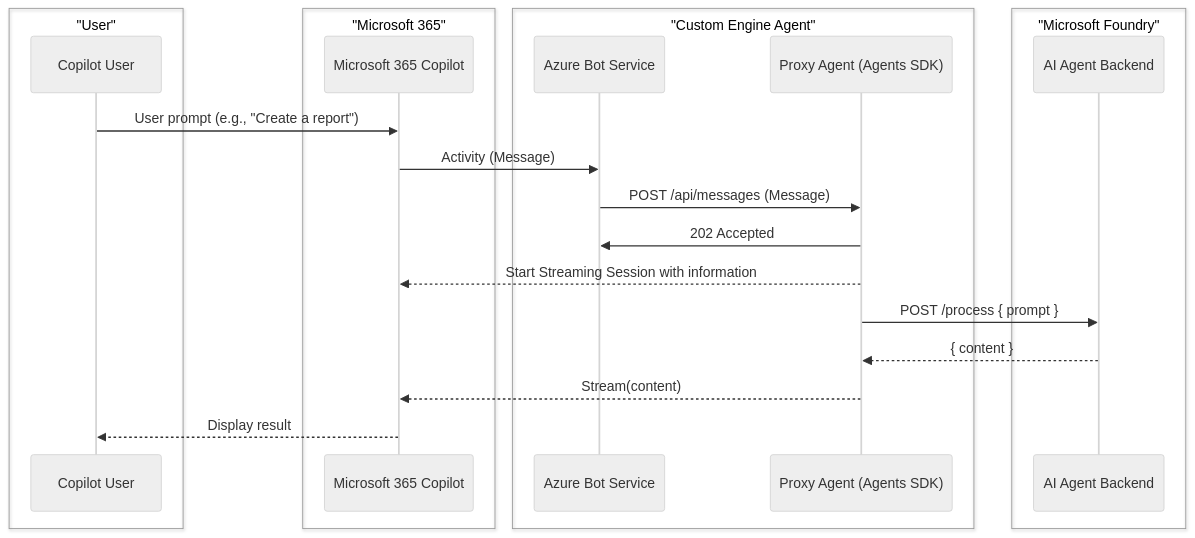
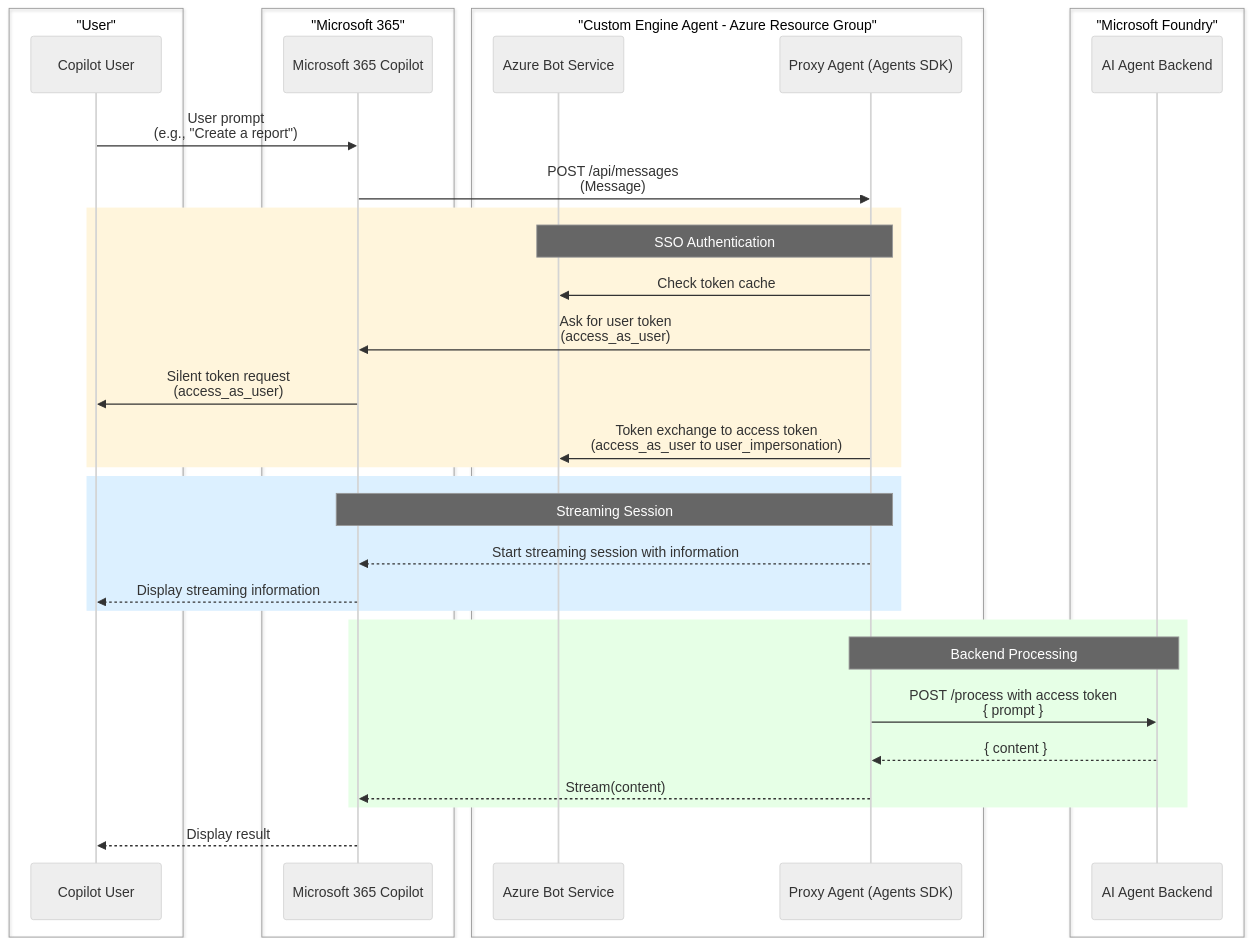
Before and after one commit to OfficeDev/microsoft-365-agents-toolkit-samples: the diagram in ProxyAgent-NodeJS/README.md, drawn with Mermaid (neutral theme). The commit also changed other lines of this file and 1 other file, not shown here.

Commit message:
Updating Flow Diagram (#1592)
Updating flow diagram of readme with more details on both proxy agent plublished

````diff
--- a/ProxyAgent-NodeJS/README.md
+++ b/ProxyAgent-NodeJS/README.md
@@ -21,31 +23,50 @@
 ```mermaid
 sequenceDiagram
     %% Groups
     box "User"
         participant U as Copilot User
     end
 
     box "Microsoft 365"
         participant M as Microsoft 365 Copilot
     end
 
-    box "Custom Engine Agent"
+    box "Custom Engine Agent - Azure Resource Group"
         participant B as Azure Bot Service
         participant P as Proxy Agent (Agents SDK)
     end
 
     box "Microsoft Foundry"
         participant A as AI Agent Backend
     end
 
-    %% Flow
-    U->>M: User prompt (e.g., "Create a report")
-    M->>B: Activity (Message)
-    B->>P: POST /api/messages (Message)
-    P->>B: 202 Accepted
-    P-->>M: Start Streaming Session with information
-    P->>A: POST /process { prompt }
-    A-->>P: { content }
-    P-->>M: Stream(content)
+    %% User Prompt Flow
+    U->>M: User prompt<br/>(e.g., "Create a report")
+    M->>P: POST /api/messages<br/>(Message)
+    
+    %% SSO Authentication Flow
+    rect rgb(255, 245, 220)
+        Note over B,P: SSO Authentication
+        P->>B: Check token cache
+        P->>M: Ask for user token<br/>(access_as_user)
+        M->>U: Silent token request<br/>(access_as_user)
+        P->>B: Token exchange to access token<br/>(access_as_user to user_impersonation)
+    end
+    
+    %% Streaming Response Flow
+    rect rgb(220, 240, 255)
+        Note over P,M: Streaming Session
+        P-->>M: Start streaming session with information
+        M-->>U: Display streaming information
+    end
+    
+    %% Backend Processing Flow
+    rect rgb(230, 255, 230)
+        Note over P,A: Backend Processing
+        P->>A: POST /process with access token<br/>{ prompt }
+        A-->>P: { content }
+        P-->>M: Stream(content)
+    end
+    
     M-->>U: Display result
 ```
````
